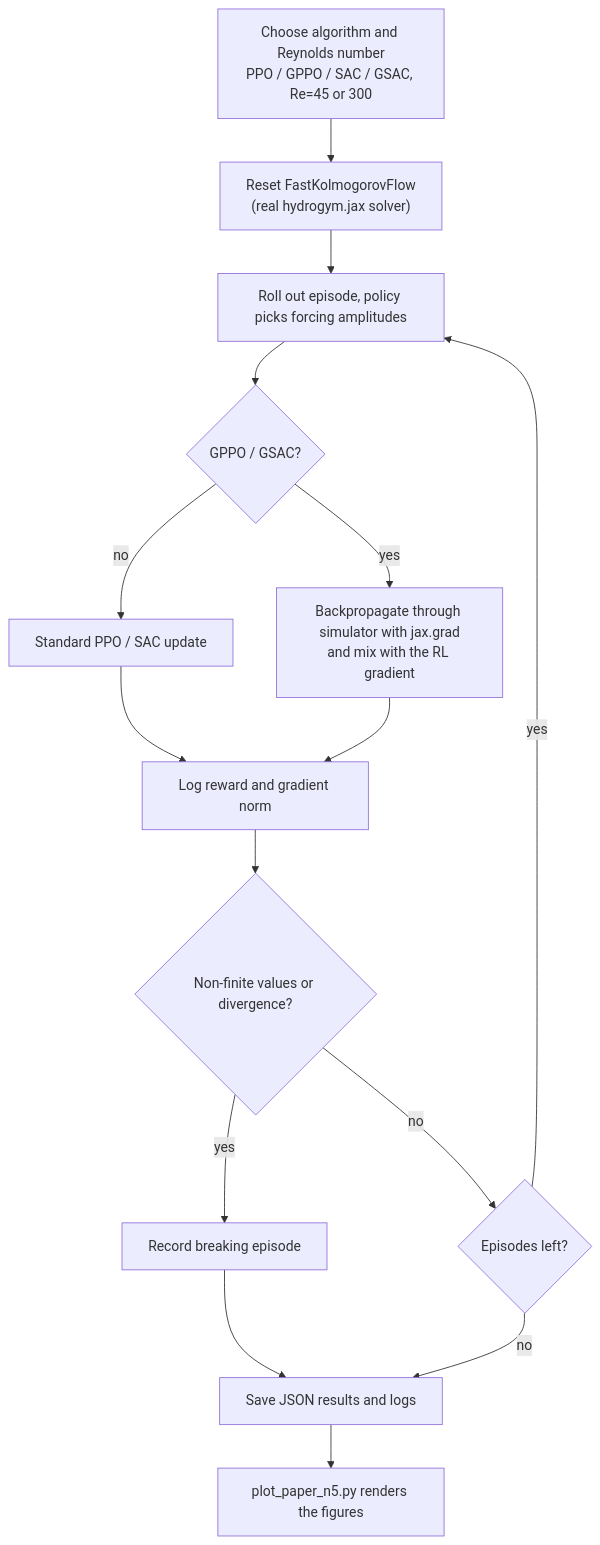
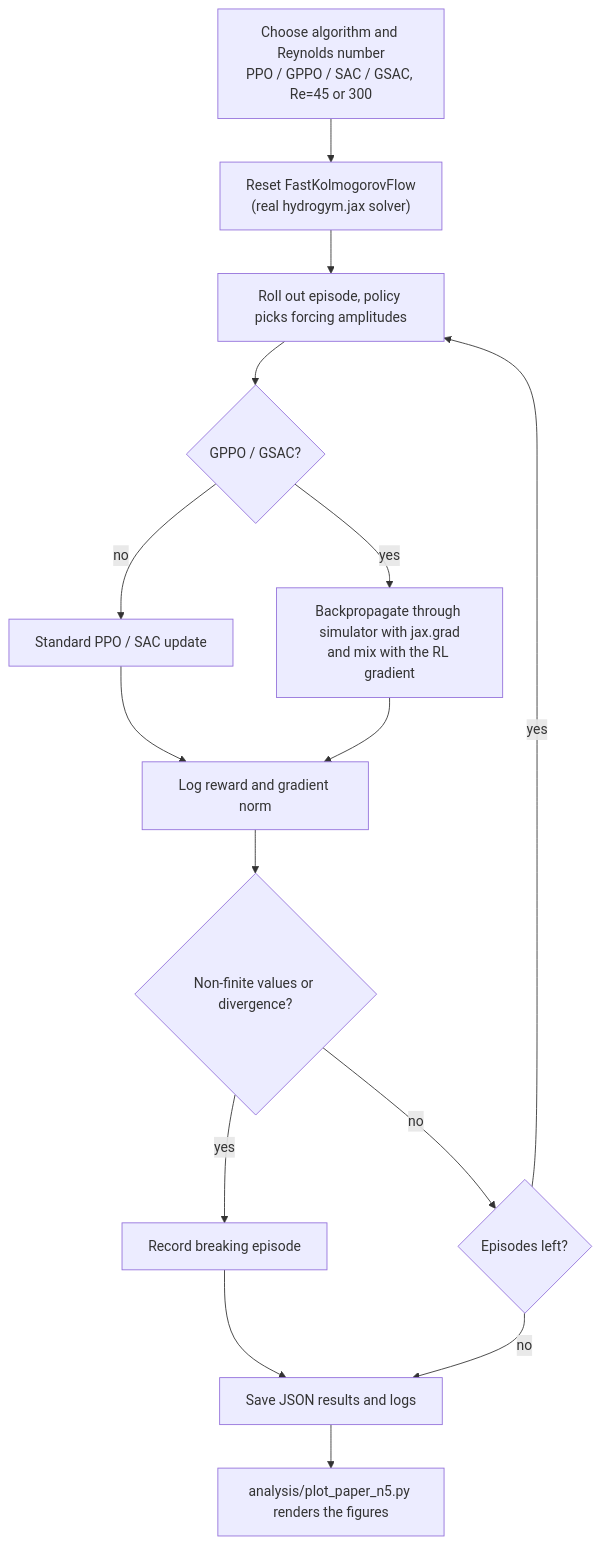
One commit to GulogluHaktan/hydrogym-work changed the diagram in README.md. Above: the diagram before and after it, drawn with Mermaid. The commit also changed other lines of this file and 194 other files, not shown here.

````diff
--- a/README.md
+++ b/README.md
@@ -27,17 +27,17 @@
 ```mermaid
 flowchart TD
   A["Choose algorithm and Reynolds number<br/>PPO / GPPO / SAC / GSAC, Re=45 or 300"] --> B["Reset FastKolmogorovFlow<br/>(real hydrogym.jax solver)"]
   B --> C["Roll out episode, policy picks forcing amplitudes"]
   C --> D{"GPPO / GSAC?"}
   D -- "no" --> E["Standard PPO / SAC update"]
   D -- "yes" --> F["Backpropagate through simulator with jax.grad<br/>and mix with the RL gradient"]
   E --> G["Log reward and gradient norm"]
   F --> G
   G --> H{"Non-finite values or divergence?"}
   H -- "yes" --> I["Record breaking episode"]
   H -- "no" --> J{"Episodes left?"}
   J -- "yes" --> C
   J -- "no" --> K["Save JSON results and logs"]
   I --> K
-  K --> L["plot_paper_n5.py renders the figures"]
+  K --> L["analysis/plot_paper_n5.py renders the figures"]
 ```
````
